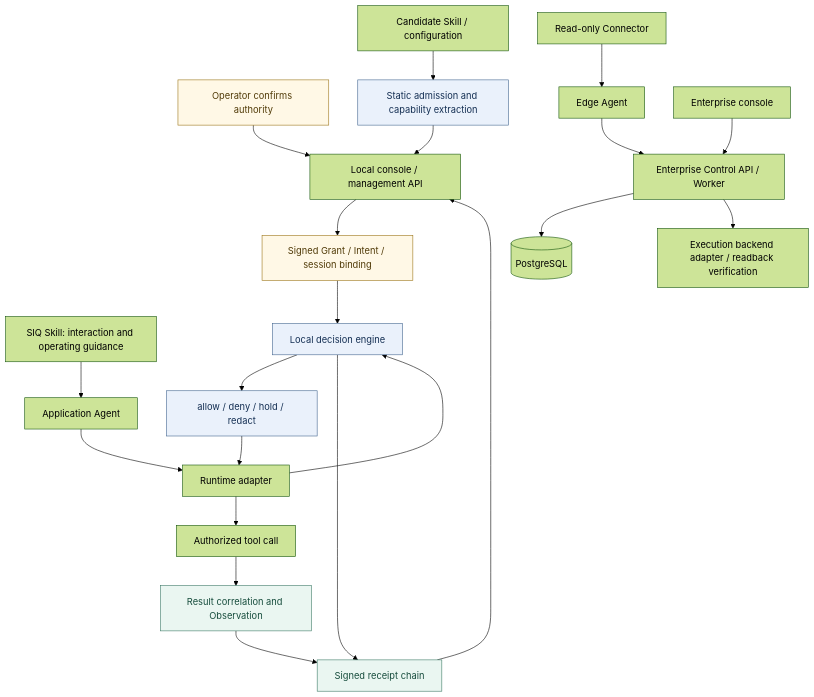
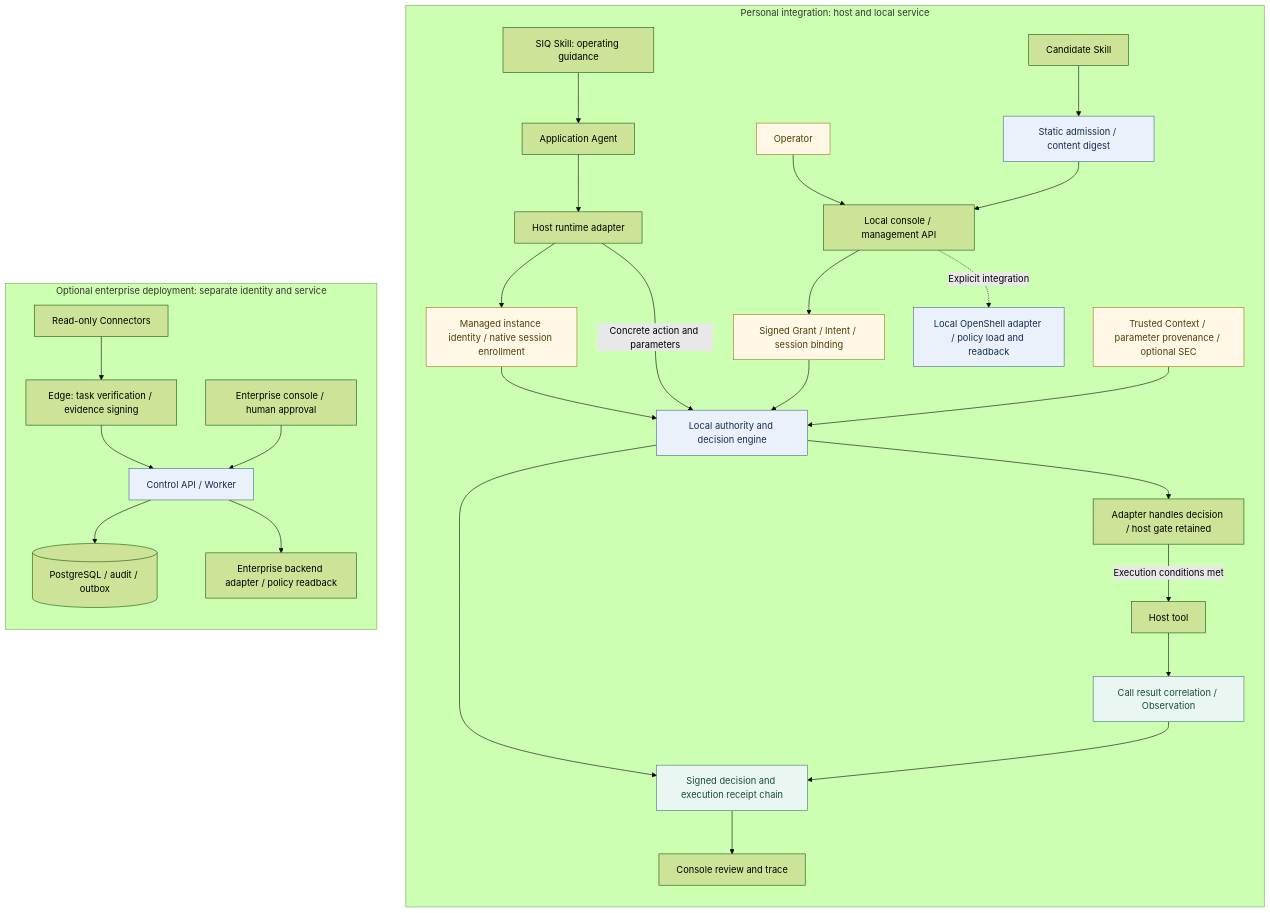
The first of 2 diagrams in README.en.md (maoyadongsh/siq-agent-security), drawn with Mermaid (forest theme) before and after one commit. The commit also changed other lines of this file and 1 other file, not shown here.

Commit message:
docs: update authorization and effect verification diagrams

````diff
--- a/README.en.md
+++ b/README.en.md
@@ -124,31 +124,39 @@
 ```mermaid
 flowchart TB
-    Human[Operator confirms authority] --> Console[Local console / management API]
-    Skill[SIQ Skill: interaction and operating guidance] --> Agent[Application Agent]
-    Candidate[Candidate Skill / configuration] --> Admission[Static admission and capability extraction]
+    subgraph Local[Personal integration: host and local service]
+        direction TB
+    Human[Operator] --> Console[Local console / management API]
+    Skill[SIQ Skill: operating guidance] --> Agent[Application Agent]
+    Candidate[Candidate Skill] --> Admission[Static admission / content digest]
     Admission --> Console
     Console --> Authority[Signed Grant / Intent / session binding]
-    Agent --> Adapter[Runtime adapter]
-    Adapter --> Gate[Local decision engine]
+    Agent --> Adapter[Host runtime adapter]
+    Adapter --> Identity[Managed instance identity / native session enrollment]
+    Identity --> Gate[Local authority and decision engine]
+    Adapter -->|Concrete action and parameters| Gate
     Authority --> Gate
-    Gate --> Decision[allow / deny / hold / redact]
-    Decision --> Adapter
-    Adapter --> Tool[Authorized tool call]
-    Tool --> Observe[Result correlation and Observation]
-    Gate --> Receipts[Signed receipt chain]
+    Context[Trusted Context / parameter provenance / optional SEC] --> Gate
+    Gate --> Decision[Adapter handles decision / host gate retained]
+    Decision -->|Execution conditions met| Tool[Host tool]
+    Tool --> Observe[Call result correlation / Observation]
+    Gate --> Receipts[Signed decision and execution receipt chain]
     Observe --> Receipts
-    Receipts --> Console
+    Receipts --> View[Console review and trace]
+    Console -.->|Explicit integration| LocalBackend[Local OpenShell adapter / policy load and readback]
+    end
 
-    Connectors[Read-only Connector] --> Edge[Edge Agent]
-    Edge --> Control[Enterprise Control API / Worker]
-    EnterpriseUI[Enterprise console] --> Control
-    Control --> DB[(PostgreSQL)]
-    Control --> Backend[Execution backend adapter / readback verification]
-
+    subgraph Enterprise[Optional enterprise deployment: separate identity and service]
+        direction TB
+        Connectors[Read-only Connectors] --> Edge[Edge: task verification / evidence signing]
+        Edge --> Control[Control API / Worker]
+        EnterpriseUI[Enterprise console / human approval] --> Control
+        Control --> DB[(PostgreSQL / audit / outbox)]
+        Control --> Backend[Enterprise backend adapter / policy readback]
+    end
     classDef authority fill:#fff8e6,stroke:#9a7417,color:#513b08
     classDef runtime fill:#eaf1fb,stroke:#43658f,color:#142f53
     classDef evidence fill:#eaf6f1,stroke:#3b7965,color:#174d3d
-    class Human,Authority authority
-    class Admission,Gate,Decision runtime
+    class Human,Authority,Identity,Context authority
+    class Admission,Gate,LocalBackend,Control runtime
     class Observe,Receipts evidence
 ```
````
